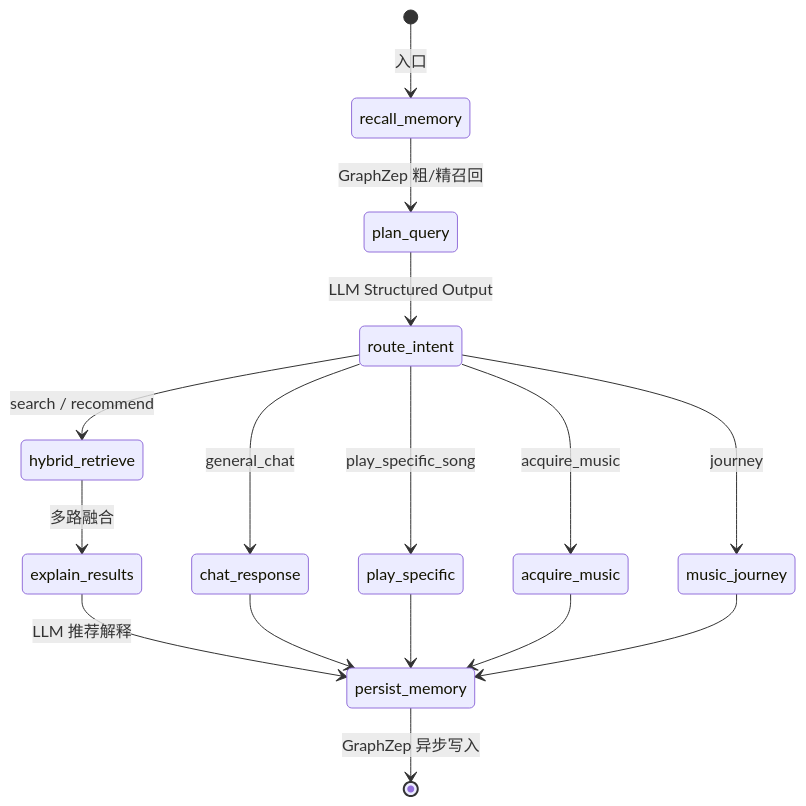
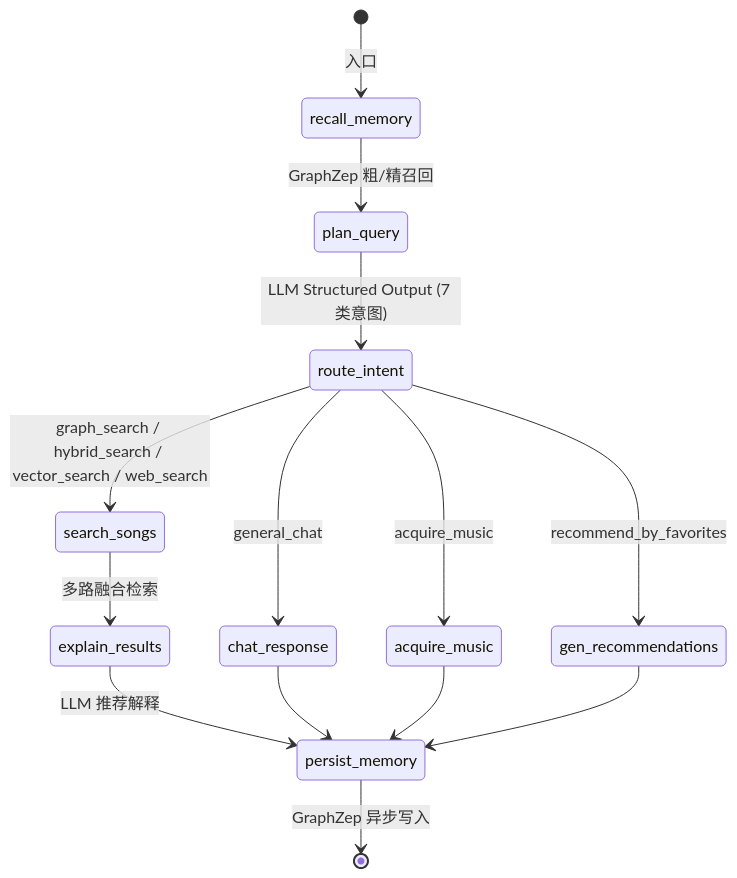
The first of 2 diagrams in README.md (hgsanyang/SoulTuner-Agent), drawn with Mermaid before and after one commit. The commit also changed other lines of this file and 31 other files, not shown here.

Commit message:
更改路由简化为5大类意图加上两个请求，简化prompts逻辑，加快了api响应速度。增加settings配置内容

````diff
--- a/README.md
+++ b/README.md
@@ -166,22 +212,20 @@
 ```mermaid
 stateDiagram-v2
     [*] --> recall_memory: 入口
     recall_memory --> plan_query: GraphZep 粗/精召回
-    plan_query --> route_intent: LLM Structured Output
+    plan_query --> route_intent: LLM Structured Output (7 类意图)
 
-    route_intent --> hybrid_retrieve: search / recommend
+    route_intent --> search_songs: graph_search / hybrid_search / vector_search / web_search
     route_intent --> chat_response: general_chat
-    route_intent --> play_specific: play_specific_song
     route_intent --> acquire_music: acquire_music
-    route_intent --> music_journey: journey
+    route_intent --> gen_recommendations: recommend_by_favorites
 
-    hybrid_retrieve --> explain_results: 多路融合
+    search_songs --> explain_results: 多路融合检索
     explain_results --> persist_memory: LLM 推荐解释
 
     chat_response --> persist_memory
-    play_specific --> persist_memory
     acquire_music --> persist_memory
-    music_journey --> persist_memory
+    gen_recommendations --> persist_memory
 
     persist_memory --> [*]: GraphZep 异步写入
 ```
````
